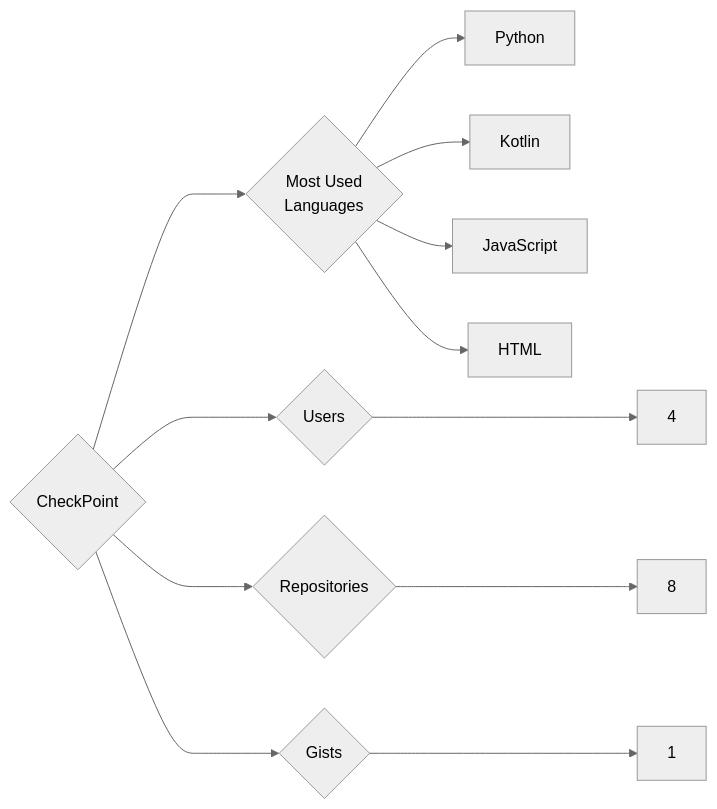
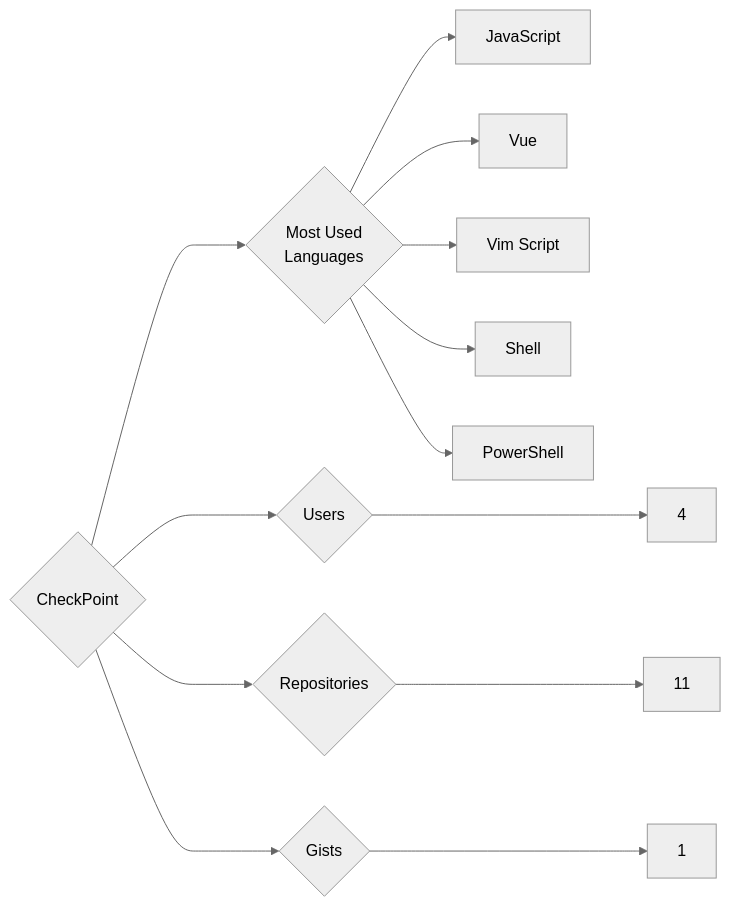
The diagram in targets/CheckPoint/README.md (trickest/insiders), drawn with Mermaid (neutral theme) before and after one commit. The commit also changed 865 other files, not shown here.

````diff
--- a/targets/CheckPoint/README.md
+++ b/targets/CheckPoint/README.md
@@ -3,12 +3,13 @@
 ```mermaid
 graph LR
 COMPANY_NAME{CheckPoint}
 COMPANY_NAME ---> U{Users} ---> UN[4]
-COMPANY_NAME ---> R{Repositories} ---> RN[8]
+COMPANY_NAME ---> R{Repositories} ---> RN[11]
 COMPANY_NAME ---> G{Gists} ---> GN[1]
 COMPANY_NAME ---> ML{Most Used<br>Languages}
-ML --> Python[Python]
-ML --> Kotlin[Kotlin]
 ML --> JavaScript[JavaScript]
-ML --> HTML[HTML]
+ML --> Vue[Vue]
+ML --> Vim_Script[Vim Script]
+ML --> Shell[Shell]
+ML --> PowerShell[PowerShell]
 ```
````
